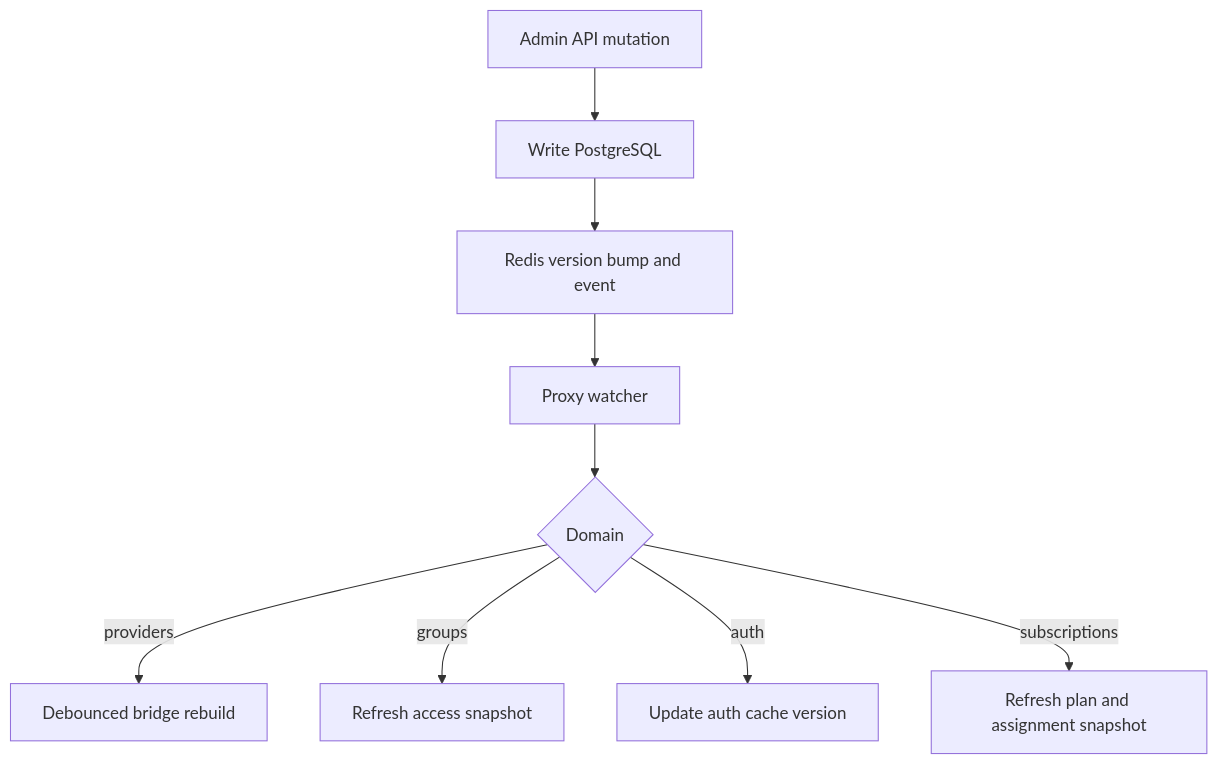
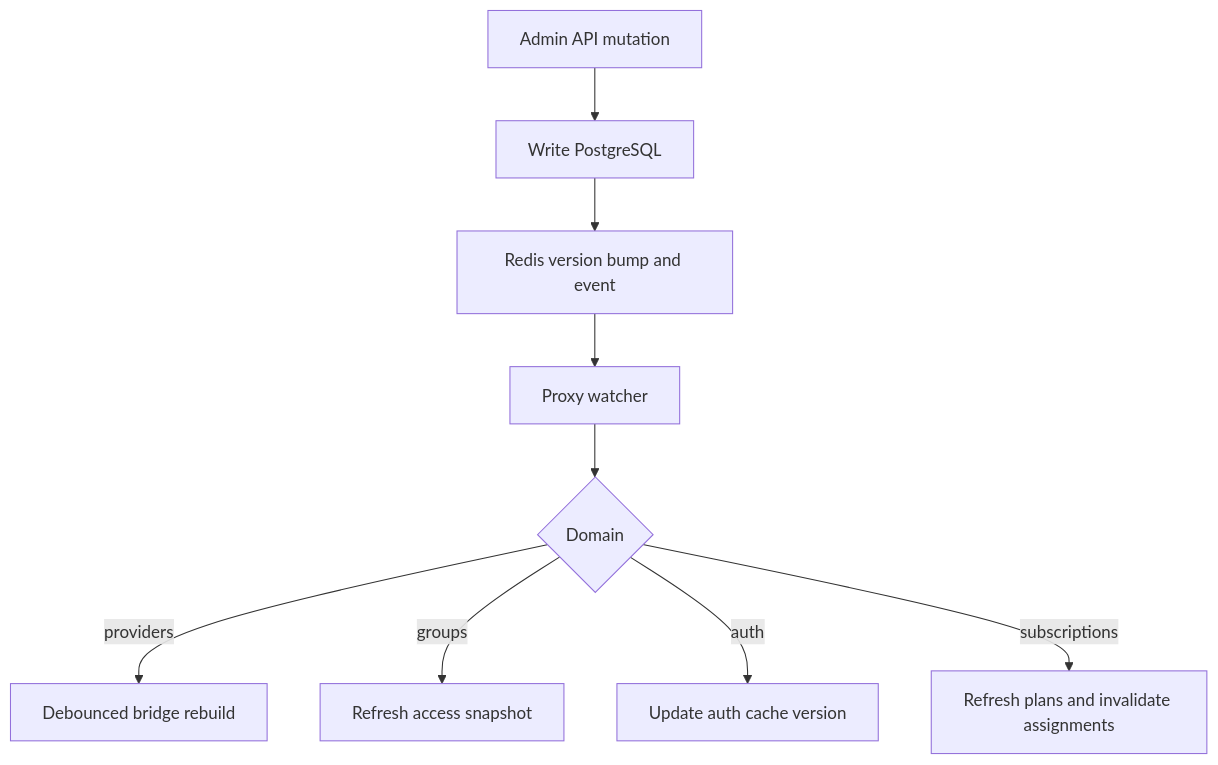
The fourth of 4 diagrams in docs/architecture.md (thomas-illiet/prompt-gate), drawn with Mermaid before and after one commit. The commit also changed other lines of this file and 24 other files, not shown here.

````diff
--- a/docs/architecture.md
+++ b/docs/architecture.md
@@ -144,11 +144,11 @@
 ```mermaid
 flowchart TD
     Admin["Admin API mutation"] --> DB["Write PostgreSQL"]
     DB --> Event["Redis version bump and event"]
     Event --> Proxy["Proxy watcher"]
     Proxy --> Kind{"Domain"}
     Kind -->|providers| Bridge["Debounced bridge rebuild"]
     Kind -->|groups| Groups["Refresh access snapshot"]
     Kind -->|auth| AuthCache["Update auth cache version"]
-    Kind -->|subscriptions| Quotas["Refresh plan and assignment snapshot"]
+    Kind -->|subscriptions| Quotas["Refresh plans and invalidate assignments"]
 ```
````
